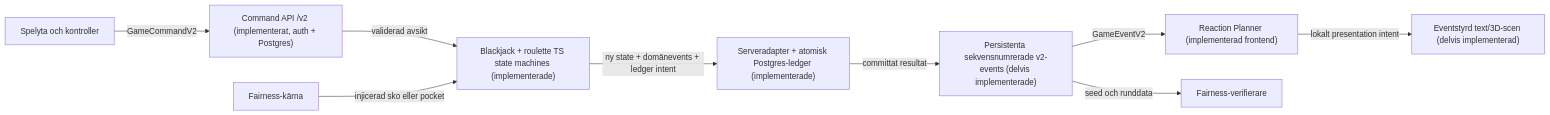
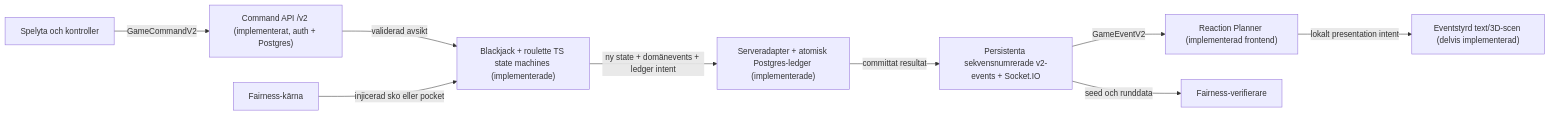
One commit to Jakeminator123/spelsajt changed the first of 3 diagrams in docs/SYSTEM_CANVAS.md. Above: the diagram before and after it, drawn with Mermaid. The commit also changed other lines of this file and 21 other files, not shown here.

Commit message:
Stream committed game events over Socket.IO

````diff
--- a/docs/SYSTEM_CANVAS.md
+++ b/docs/SYSTEM_CANVAS.md
@@ -19,21 +19,21 @@
 ```mermaid
 flowchart LR
     UI["Spelyta och kontroller"]
     API["Command API /v2 (implementerat, auth + Postgres)"]
     CORE["Blackjack + roulette TS state machines (implementerade)"]
     FAIR["Fairness-kärna"]
     TX["Serveradapter + atomisk Postgres-ledger (implementerade)"]
-    EVENTS["Persistenta sekvensnumrerade v2-events (delvis implementerade)"]
+    EVENTS["Persistenta sekvensnumrerade v2-events + Socket.IO"]
     PLAN["Reaction Planner (implementerad frontend)"]
     SCENE["Eventstyrd text/3D-scen (delvis implementerad)"]
     VERIFY["Fairness-verifierare"]
 
     UI -->|"GameCommandV2"| API
     API -->|"validerad avsikt"| CORE
     FAIR -->|"injicerad sko eller pocket"| CORE
     CORE -->|"ny state + domänevents + ledger intent"| TX
     TX -->|"committat resultat"| EVENTS
     EVENTS -->|"GameEventV2"| PLAN
     PLAN -->|"lokalt presentation intent"| SCENE
     EVENTS -->|"seed och runddata"| VERIFY
 ```
````
